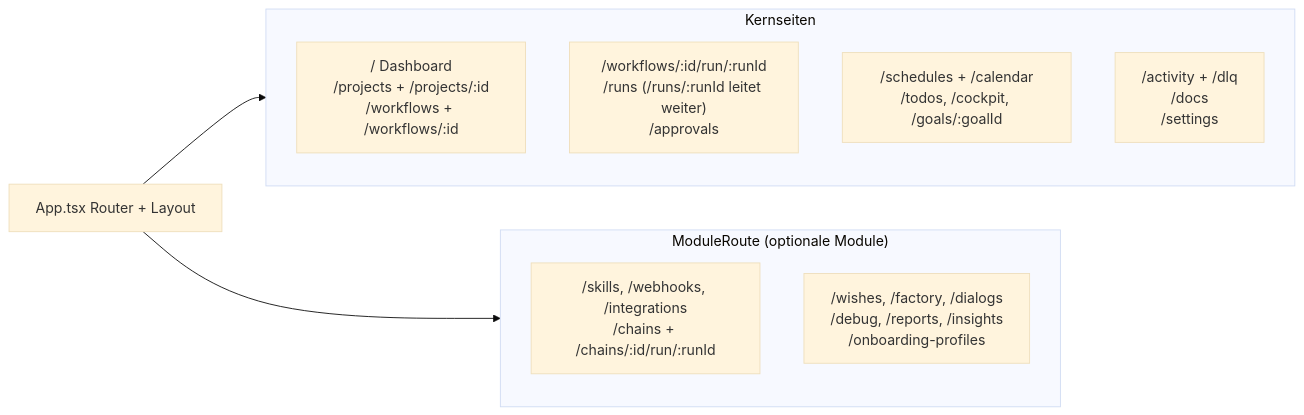
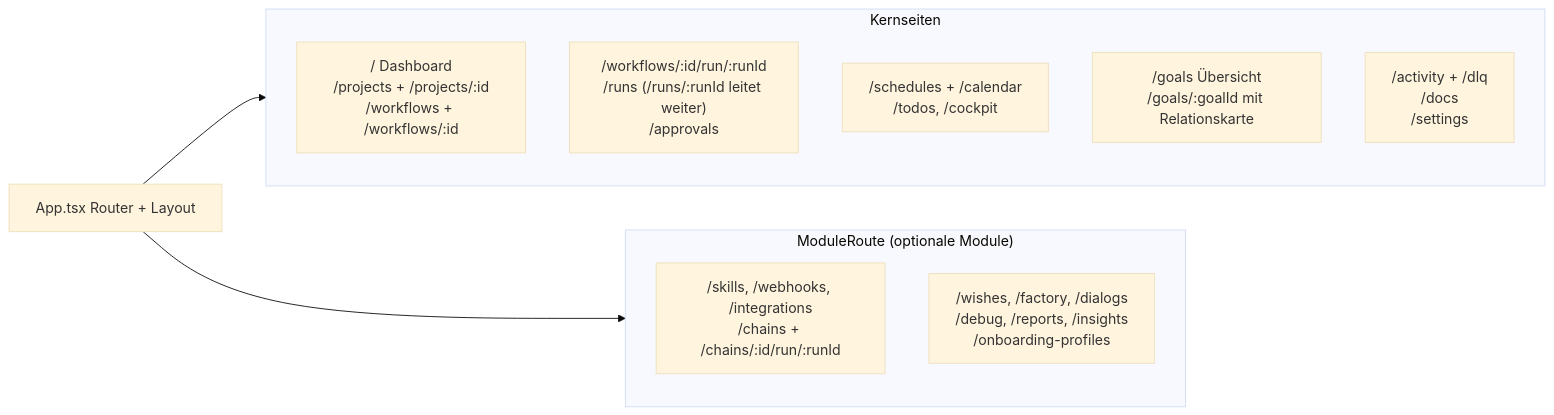
Before and after one commit to FLSEST/MySuricates: the first of 3 diagrams in docs/frontend-flow-diagrams.md, drawn with Mermaid (base theme). The commit also changed other lines of this file and 4 other files, not shown here.

First line of the commit message:
docs(diagramme): Frontend flow names /goals and /goals/:goalId including the Goals hooks

````diff
--- a/docs/frontend-flow-diagrams.md
+++ b/docs/frontend-flow-diagrams.md
@@ -9,15 +9,16 @@
 ```mermaid
 flowchart LR
     APP["App.tsx Router + Layout"] --> CORE
     APP --> MOD
     subgraph CORE["Kernseiten"]
         DASH["/ Dashboard<br/>/projects + /projects/:id<br/>/workflows + /workflows/:id"]
         RUN["/workflows/:id/run/:runId<br/>/runs (/runs/:runId leitet weiter)<br/>/approvals"]
-        SCH["/schedules + /calendar<br/>/todos, /cockpit, /goals/:goalId"]
+        SCH["/schedules + /calendar<br/>/todos, /cockpit"]
+        GOAL["/goals Übersicht<br/>/goals/:goalId mit Relationskarte"]
         ACT["/activity + /dlq<br/>/docs<br/>/settings"]
     end
     subgraph MOD["ModuleRoute (optionale Module)"]
         SK["/skills, /webhooks, /integrations<br/>/chains + /chains/:id/run/:runId"]
         MORE["/wishes, /factory, /dialogs<br/>/debug, /reports, /insights<br/>/onboarding-profiles"]
     end
 ```
````
